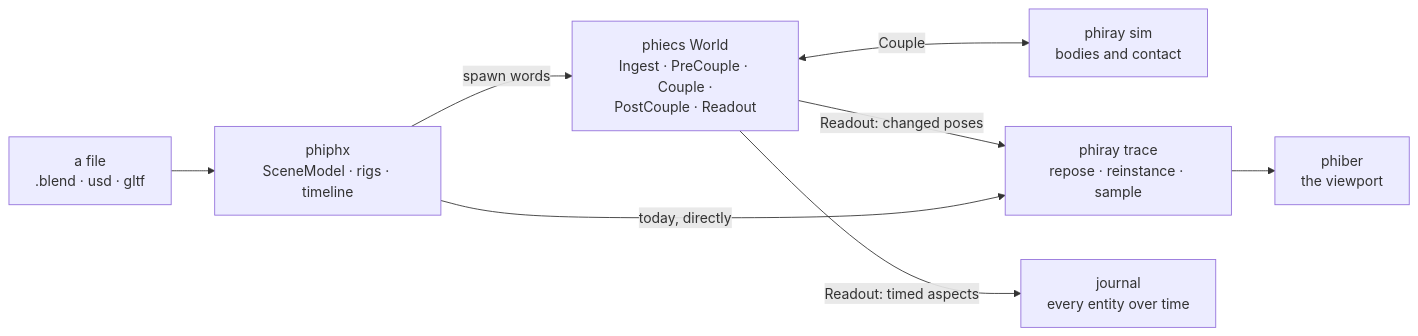
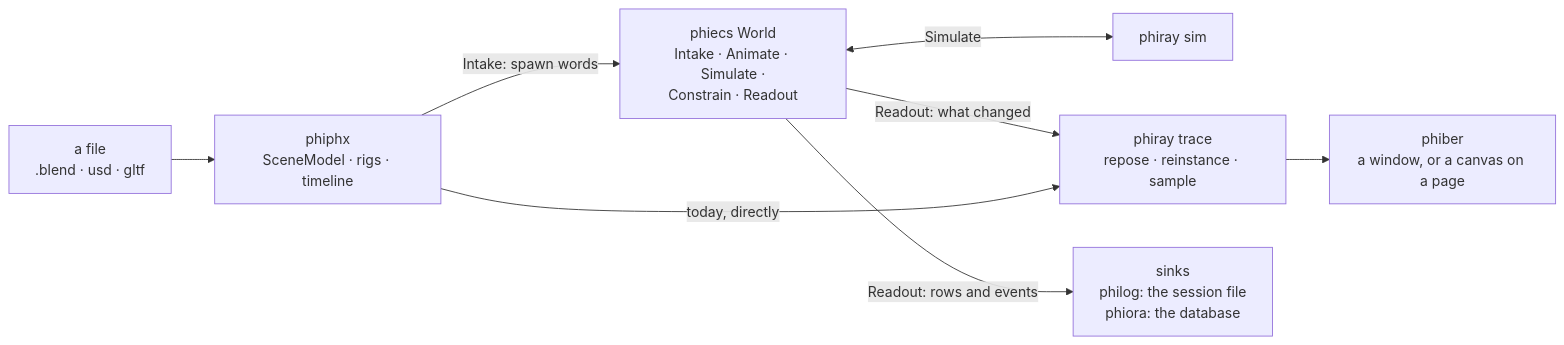
The second of 3 diagrams in PLAN.md (gemphi/phikit), drawn with Mermaid before and after one commit. The commit also changed other lines of this file and 21 other files, not shown here.

````diff
--- a/PLAN.md
+++ b/PLAN.md
@@ -63,15 +99,15 @@
 ```mermaid
 graph LR
     f_file["a file<br/>.blend · usd · gltf"]
     f_phx["phiphx<br/>SceneModel · rigs · timeline"]
-    f_world["phiecs World<br/>Ingest · PreCouple · Couple ·<br/>PostCouple · Readout"]
-    f_sim["phiray sim<br/>bodies and contact"]
+    f_world["phiecs World<br/>Intake · Animate · Simulate ·<br/>Constrain · Readout"]
+    f_sim["phiray sim"]
     f_trace["phiray trace<br/>repose · reinstance · sample"]
-    f_view["phiber<br/>the viewport"]
-    f_journal["journal<br/>every entity over time"]
-    f_file --> f_phx -->|"spawn words"| f_world
-    f_world <-->|"Couple"| f_sim
-    f_world -->|"Readout: changed poses"| f_trace --> f_view
-    f_world -->|"Readout: timed aspects"| f_journal
+    f_view["phiber<br/>a window, or a canvas on a page"]
+    f_sinks["sinks<br/>philog: the session file<br/>phiora: the database"]
+    f_file --> f_phx -->|"Intake: spawn words"| f_world
+    f_world <-->|"Simulate"| f_sim
+    f_world -->|"Readout: what changed"| f_trace --> f_view
+    f_world -->|"Readout: rows and events"| f_sinks
     f_phx -->|"today, directly"| f_trace
 ```
````
